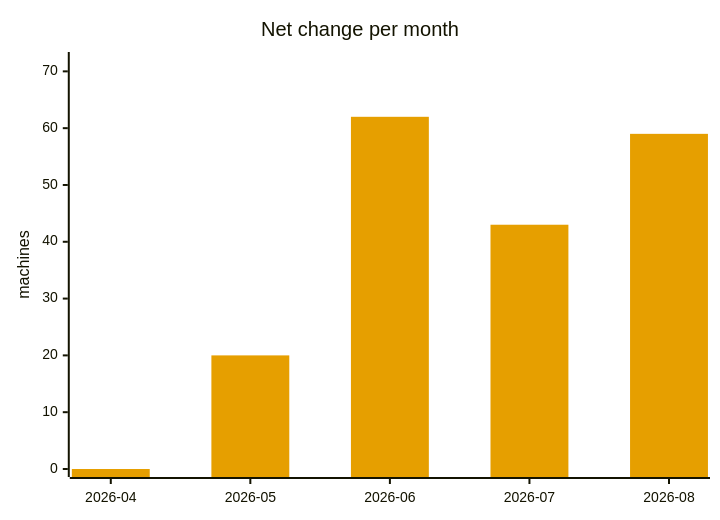
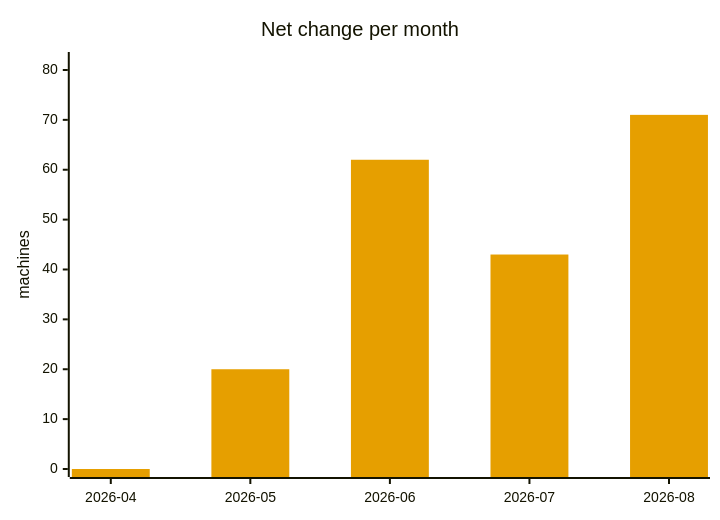
Before and after one commit to cheeaun/returnright-data: the seventh of 7 diagrams in ANALYSIS.md, drawn with Mermaid. The commit also changed other lines of this file and 3 other files, not shown here.

````diff
--- a/ANALYSIS.md
+++ b/ANALYSIS.md
@@ -305,13 +304,13 @@
 ```mermaid
 ---
 config:
   themeVariables:
     xyChart:
       plotColorPalette: "#E69F00"
 ---
 xychart-beta
     title "Net change per month"
     x-axis ["2026-04", "2026-05", "2026-06", "2026-07", "2026-08"]
-    y-axis "machines" 0 --> 72
-    bar [0, 20, 62, 43, 59]
+    y-axis "machines" 0 --> 82
+    bar [0, 20, 62, 43, 71]
 ```
````
